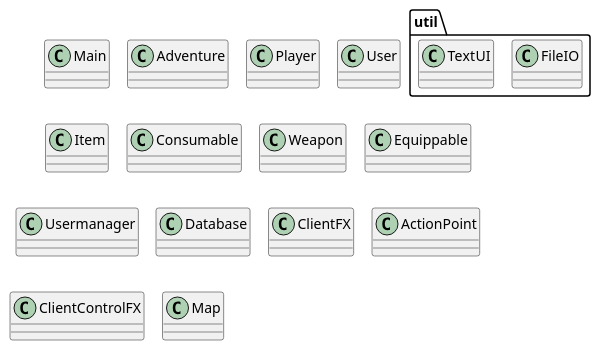
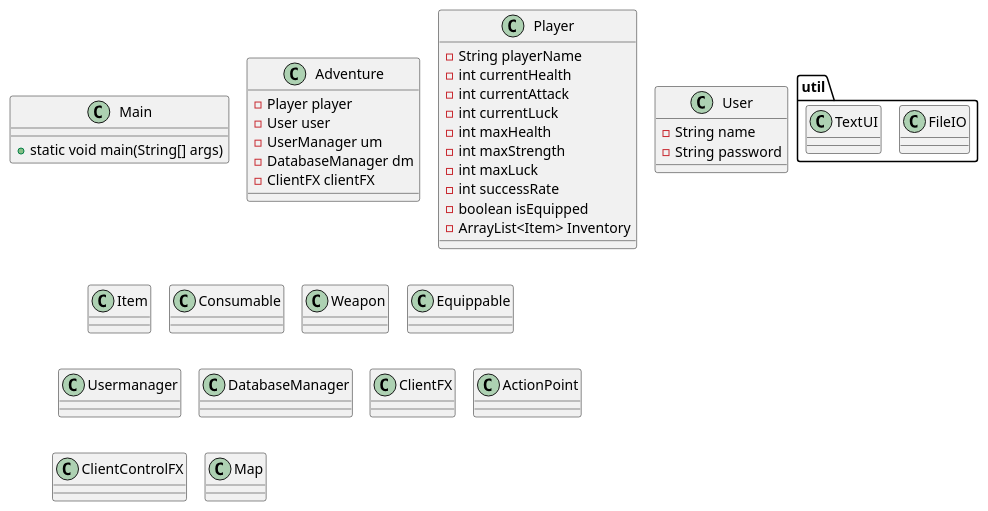
One commit to EmilXavierVT/2025ICE changed the diagram in doc/Version0.puml. Above: the diagram before and after it, drawn with PlantUML. The commit also changed 3 other files, not shown here.

```diff
--- a/doc/Version0.puml
+++ b/doc/Version0.puml
@@ -1,25 +1,79 @@
 @startuml
 !pragma layout smetana
 'https://plantuml.com/class-diagram
-Class Main
-Class Adventure
-Class Player
-Class User
+
+
+Class Main{
+
++ static void main(String[] args)
+}
+
+
+Class Adventure{
+-Player player
+- User user
+- UserManager um
+- DatabaseManager dm
+-ClientFX clientFX
+
+}
+
+Class Player{
+-String playerName
+-int currentHealth
+-int currentAttack
+- int currentLuck
+-int maxHealth
+-int maxStrength
+-int maxLuck
+-int successRate
+-boolean isEquipped
+-ArrayList<Item> Inventory
+'+ getPlayerName()
+'+ setPlayerName()
+'+ getCurrentHealth()
+'+ setCurrentHealth()
+'+getCurrentAttack()
+'+setCurrentAttack()
+'+getCurrentLuck()
+'+setCurrentLuck()
+'+getMaxHealth()
+'+setMaxHealth()
+'+getMaxStrength()
+'+setMaxStrength()
+'+getMaxLuck()
+'+setMaxLuck()
+'+getIsEquipped()
+'+setIsEquipped()
+'+getInventory()
+'+setInventory()
+'+addToInventory()
+
+
+
+
+}
+
+
+Class User{
+-String name
+-String password
+}
 Class Item
 Class Consumable
 Class Weapon
 Class Equippable
 package util{
 Class FileIO
 Class TextUI
 }
 Class Usermanager
-Class Database
+Class DatabaseManager
 Class ClientFX
 Class ActionPoint
 Class ClientControlFX
 Class Map
 
 
 
 @enduml
```
